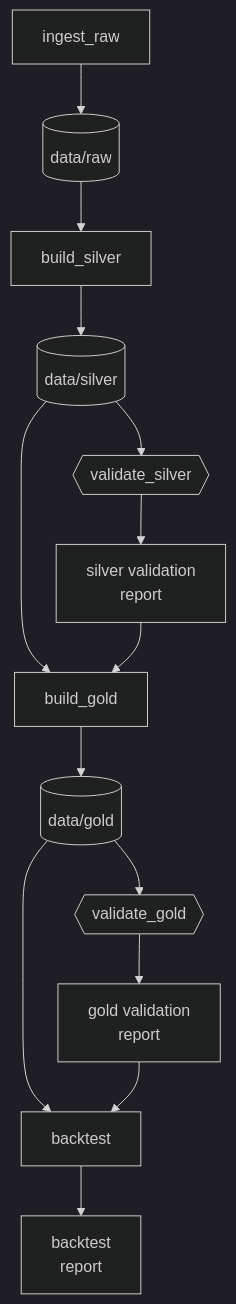
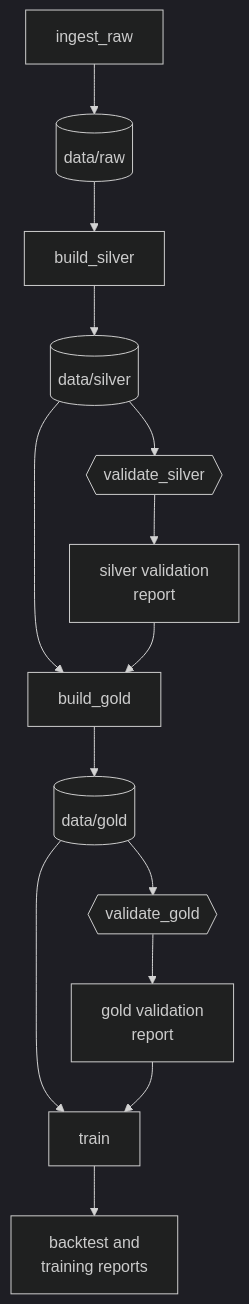
Before and after one commit to hazimmm/nyc-taxi-demand-mlops: the diagram in docs/learning/21-a-pipeline-that-knows-what-changed.md, drawn with Mermaid (dark theme). The commit also changed other lines of this file and 28 other files, not shown here.

````diff
--- a/docs/learning/21-a-pipeline-that-knows-what-changed.md
+++ b/docs/learning/21-a-pipeline-that-knows-what-changed.md
@@ -98,16 +98,16 @@
 ```mermaid
 flowchart TD
     A["ingest_raw"] --> R[("data/raw")]
     R --> B["build_silver"]
     B --> S[("data/silver")]
     S --> G1{{"validate_silver"}}
     G1 --> P1["silver validation<br/>report"]
     S --> C["build_gold"]
     P1 --> C
     C --> GO[("data/gold")]
     GO --> G2{{"validate_gold"}}
     G2 --> P2["gold validation<br/>report"]
-    GO --> BT["backtest"]
-    P2 --> BT
-    BT --> P3["backtest<br/>report"]
+    GO --> TR["train"]
+    P2 --> TR
+    TR --> P3["backtest and<br/>training reports"]
 ```
````
